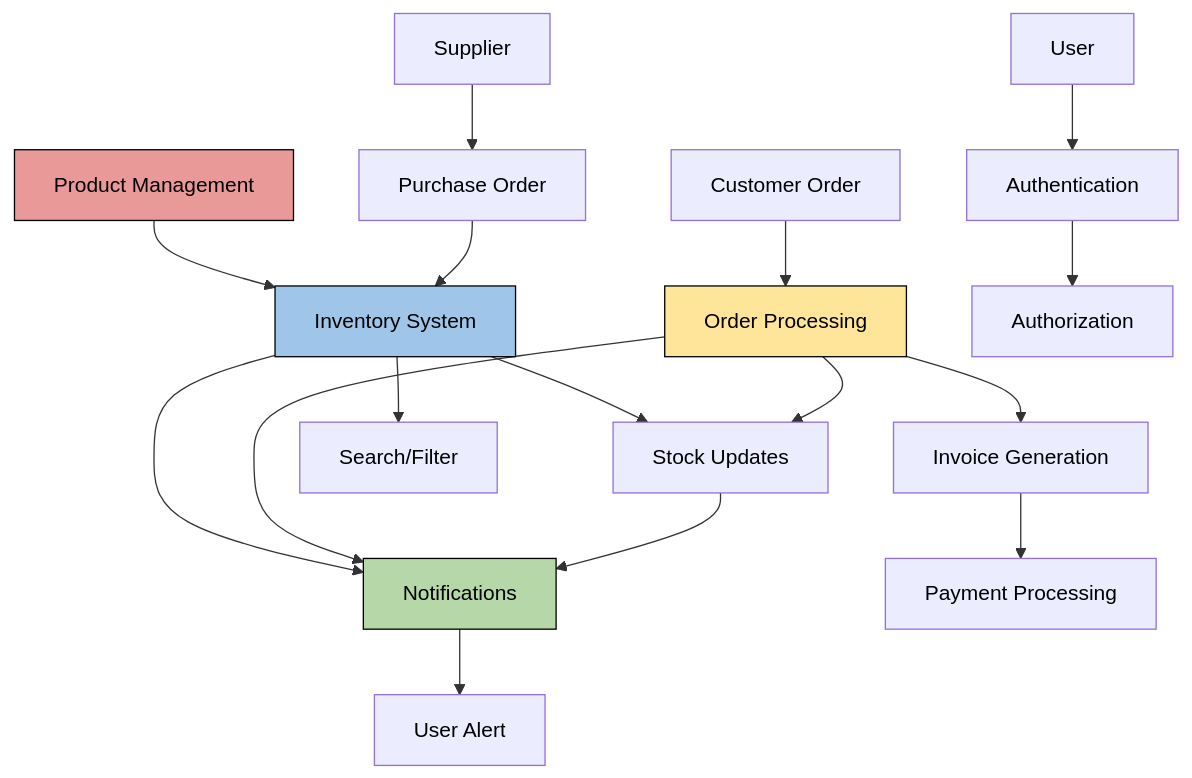
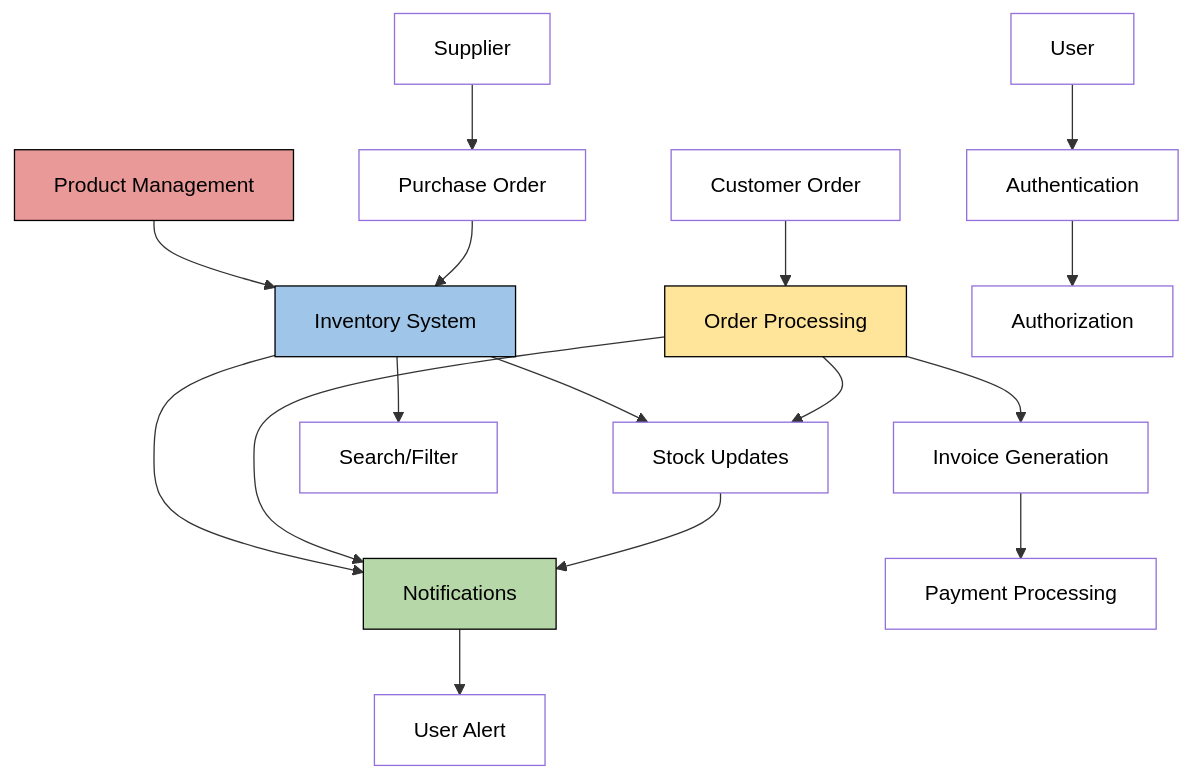
One commit to somshivgupta/Software-Testing-Project changed the diagram in README.md. Above: the diagram before and after it, drawn with Mermaid.

Commit message:
Colours of mermaid diagram updated one more time

````diff
--- a/README.md
+++ b/README.md
@@ -254,31 +254,31 @@
 ```mermaid
 graph TD
     A[Product Management] --> B[Inventory System]
     B --> C[Stock Updates]
     
     D[Customer Order] --> E[Order Processing]
     E --> C
     E --> F[Invoice Generation]
     
     G[Supplier] --> H[Purchase Order]
     H --> B
     
     B --> I[Notifications]
     E --> I
     
     J[User] --> K[Authentication]
     K --> L[Authorization]
     
     B --> M[Search/Filter]
     
     F --> N[Payment Processing]
     
     C --> I
     I --> O[User Alert]
     
-    classDef default color:#000
+    classDef default fill:#fff,color:#000
     style A fill:#ea9999,stroke:#000
     style B fill:#9fc5e8,stroke:#000
     style E fill:#ffe599,stroke:#000
     style I fill:#b6d7a8,stroke:#000
 ```
````
